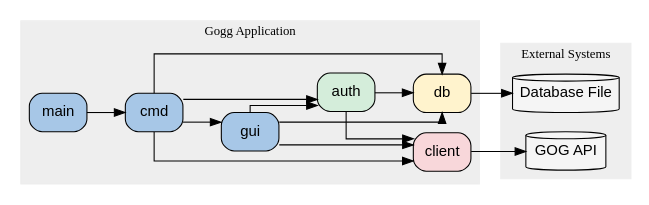
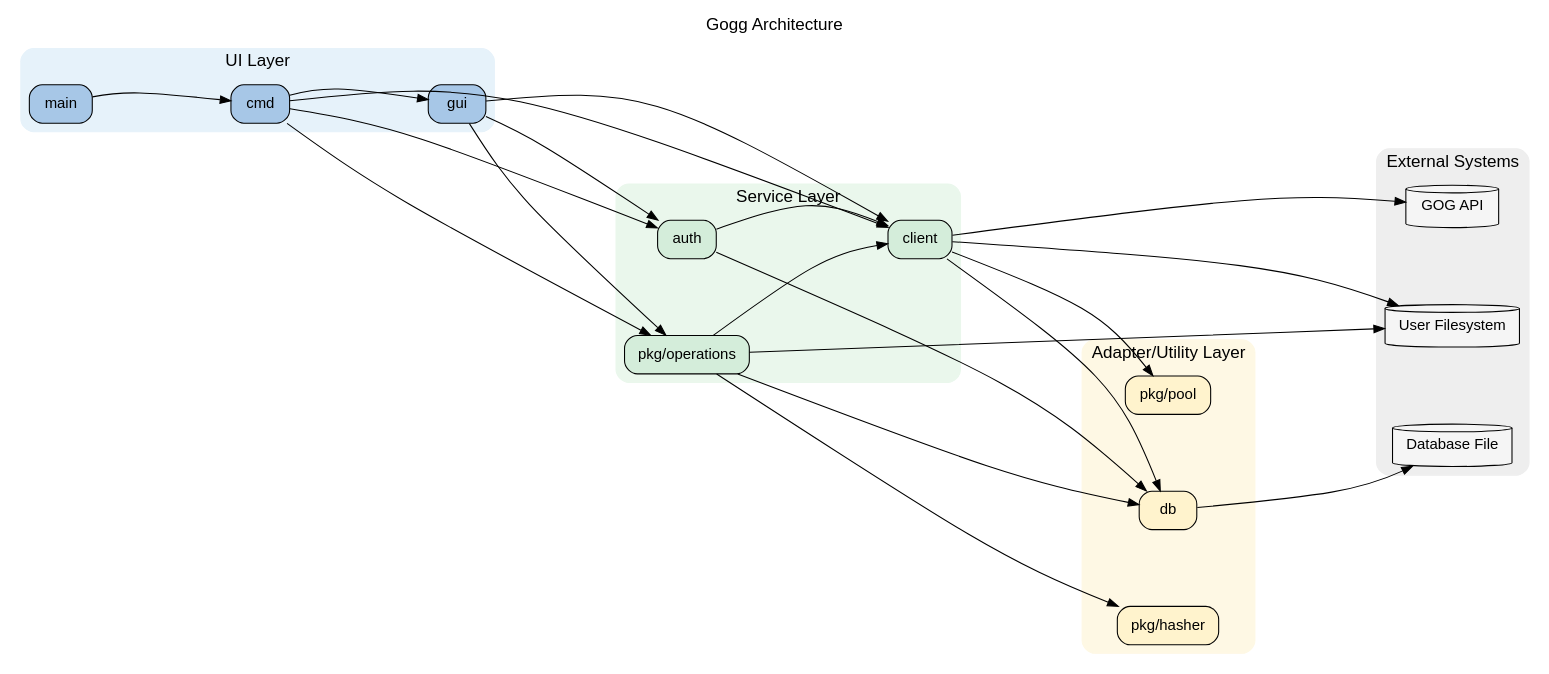
One commit to habedi/gogg changed the diagram in docs/figures/package_dependency_graph.dot. Above: the diagram before and after it, drawn with Graphviz. The commit also changed 51 other files, not shown here.

```diff
--- a/docs/figures/package_dependency_graph.dot
+++ b/docs/figures/package_dependency_graph.dot
@@ -1,48 +1,62 @@
 digraph package_dependency_graph {
-    rankdir=LR;
-    splines=ortho;
-    node [shape=box, style="rounded,filled", fontname="Arial"];
+    // Global layout settings for a less packed appearance
+    rankdir = LR; // Left to Right layout
+splines = curved;
+ranksep = 1.8; // Increased distance between columns
+    nodesep = 1.0; // Increased distance between nodes
+    compound = true; // Improves layout with clusters
 
-    subgraph cluster_app {
-    label="Gogg Application";
-    style=filled;
-    color="#eeeeee";
-    fontsize=12;
+graph [label = "Gogg Architecture", labelloc = t, fontsize = 16, fontname = "Arial"];
+node [shape = box, style = "rounded,filled", fontname = "Arial", margin = "0.2,0.1"];
 
-    // UI/Driver Layer
-        main [fillcolor="#a7c7e7"]; // light blue
-        cmd [fillcolor="#a7c7e7"];
-    gui [fillcolor="#a7c7e7"];
+subgraph cluster_drivers {
+label = "UI Layer";
+style = "rounded,filled";
+color = "#e6f2fa";
+main [label = "main", fillcolor = "#a7c7e7"];
+cmd [label = "cmd", fillcolor = "#a7c7e7"];
+gui [label = "gui", fillcolor = "#a7c7e7"];
+}
 
-    // Service Layer
-        auth [fillcolor="#d4edda"]; // light green
+subgraph cluster_core {
+label = "Service Layer";
+style = "rounded,filled";
+color = "#eaf7ec";
+auth [label = "auth", fillcolor = "#d4edda"];
+client [label = "client", fillcolor = "#d4edda"];
+pkg_operations [label = "pkg/operations", fillcolor = "#d4edda"];
+}
 
-    // Adapter Layer
-        client [fillcolor="#f8d7da"]; // light pink
-        db [fillcolor="#fff3cd"]; // light yellow
-    }
+subgraph cluster_infra {
+label = "Adapter/Utility Layer";
+style = "rounded,filled";
+color = "#fef8e4";
+db [label = "db", fillcolor = "#fff3cd"];
+pkg_hasher [label = "pkg/hasher", fillcolor = "#fff3cd"];
+pkg_pool [label = "pkg/pool", fillcolor = "#fff3cd"];
+}
 
-    subgraph cluster_external {
-    label="External Systems";
-    style=filled;
-    color="#eeeeee";
-    fontsize=12;
-    gog_api [label="GOG API", shape=cylinder, fillcolor=whitesmoke];
-    db_file [label="Database File", shape=cylinder, fillcolor=whitesmoke];
-    }
+subgraph cluster_external {
+label = "External Systems";
+style = "rounded,filled";
+color = "#eeeeee";
+gog_api [label = "GOG API", shape = cylinder, fillcolor = whitesmoke];
+db_file [label = "Database File", shape = cylinder, fillcolor = whitesmoke];
+user_fs [label = "User Filesystem", shape = cylinder, fillcolor = whitesmoke];
+}
 
-    // -- Dependencies --
+// -- Dependencies --
 
-    // UI Layer
+// Drivers initiate actions
     main -> cmd;
-    cmd -> {gui; auth; client; db;}
-    gui -> {auth; client; db;}
+cmd -> {gui; pkg_operations; client; auth};
+gui -> {pkg_operations; client; auth};
 
-    // Service Layer
-    auth -> client;
-    auth -> db;
+// Core orchestrates logic
+    pkg_operations -> {client; db; pkg_hasher; user_fs};
+client -> {db; pkg_pool; gog_api; user_fs};
+auth -> {client; db};
 
-    // Adapters to External
-    client -> gog_api;
+// Infrastructure provides low-level services
     db -> db_file;
 }
```
